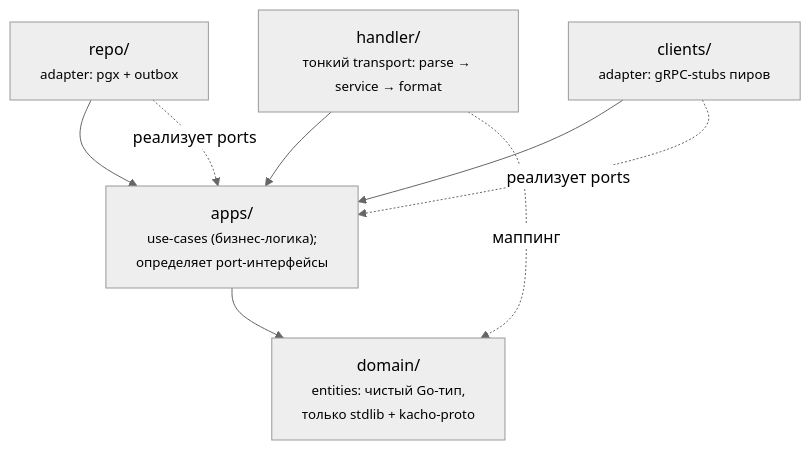
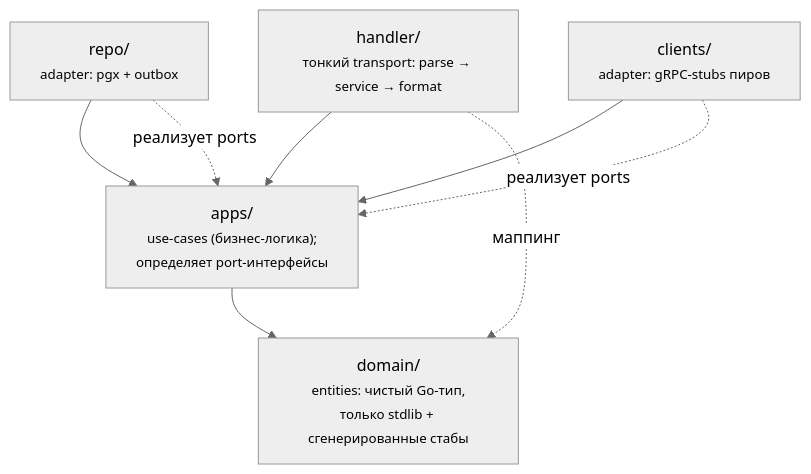
The first of 3 diagrams in services/vpc/docs/content/architecture/overview.mdx (PRO-Robotech/kacho), drawn with Mermaid (neutral theme) before and after one commit. The commit also changed other lines of this file and 10 other files, not shown here.

````diff
--- a/services/vpc/docs/content/architecture/overview.mdx
+++ b/services/vpc/docs/content/architecture/overview.mdx
@@ -30,16 +30,16 @@
 ```mermaid
 flowchart TD
   handler["handler/<br/><small>тонкий transport: parse → service → format</small>"]
   service["apps/<br/><small>use-cases (бизнес-логика);<br/>определяет port-интерфейсы</small>"]
-  domain["domain/<br/><small>entities: чистый Go-тип,<br/>только stdlib + kacho-proto</small>"]
+  domain["domain/<br/><small>entities: чистый Go-тип,<br/>только stdlib + сгенерированные стабы</small>"]
   repo["repo/<br/><small>adapter: pgx + outbox</small>"]
   clients["clients/<br/><small>adapter: gRPC-stubs пиров</small>"]
 
   handler --> service
   repo --> service
   clients --> service
   service --> domain
   handler -. маппинг .-> domain
   repo -. реализует ports .-> service
   clients -. реализует ports .-> service
 ```
````
